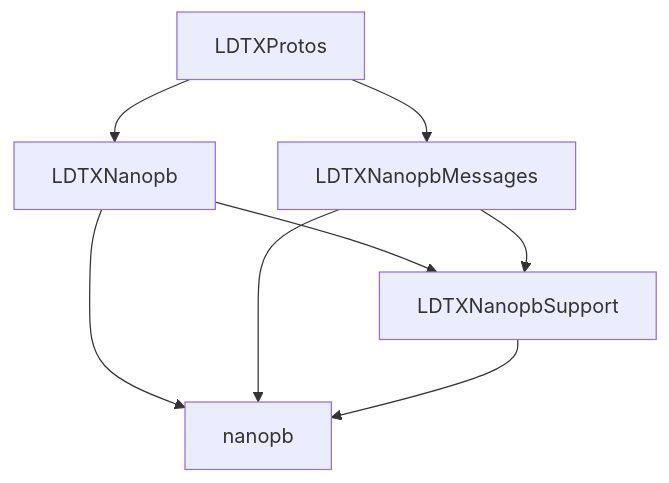
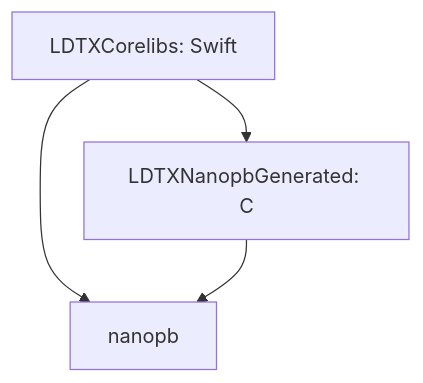
One commit to kaito-tokyo/LDTX changed the second of 2 diagrams in docs/target-dependencies.md. Above: the diagram before and after it, drawn with Mermaid. The commit also changed other lines of this file and 314 other files, not shown here.

First line of the commit message:
Merge Corelibs modules into one LDTXCorelibs target

````diff
--- a/docs/target-dependencies.md
+++ b/docs/target-dependencies.md
@@ -63,10 +62,6 @@
 ```mermaid
 flowchart TD
-    Protos[LDTXProtos] --> SwiftRuntime[LDTXNanopb]
-    Protos --> Messages[LDTXNanopbMessages]
-    SwiftRuntime --> Support[LDTXNanopbSupport]
-    SwiftRuntime --> nanopb
-    Messages --> Support
-    Messages --> nanopb
-    Support --> nanopb
+    Corelibs[LDTXCorelibs: Swift] --> Generated[LDTXNanopbGenerated: C]
+    Corelibs --> nanopb
+    Generated --> nanopb
 ```
````
